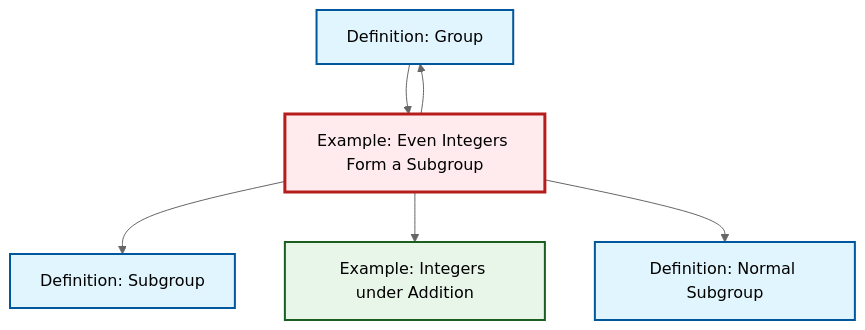
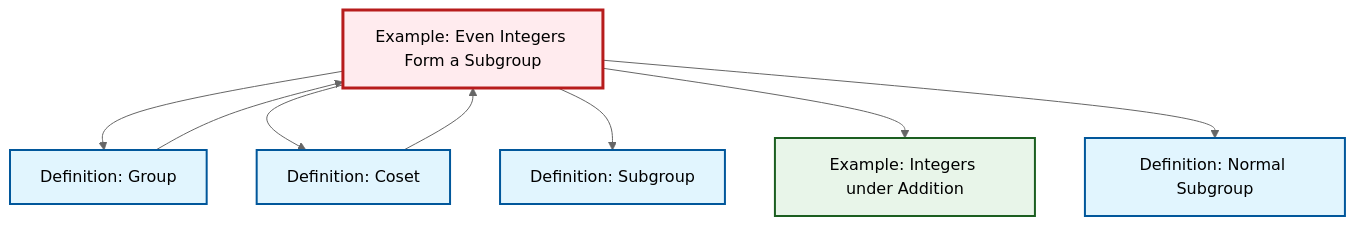
One commit to RK0429/ModernMath changed the diagram in content/en/algebra/ex-even-integers-subgroup.qmd. Above: the diagram before and after it, drawn with Mermaid (neutral theme). The commit also changed 417 other files, not shown here.

````diff
--- a/content/en/algebra/ex-even-integers-subgroup.qmd
+++ b/content/en/algebra/ex-even-integers-subgroup.qmd
@@ -50,24 +50,28 @@
 ```{mermaid}
 %%| fig-cap: "Local dependency graph"
 graph TD
     classDef definition fill:#e1f5fe,stroke:#01579b,stroke-width:2px
     classDef theorem fill:#f3e5f5,stroke:#4a148c,stroke-width:2px
     classDef axiom fill:#fff3e0,stroke:#e65100,stroke-width:2px
     classDef example fill:#e8f5e9,stroke:#1b5e20,stroke-width:2px
     classDef current fill:#ffebee,stroke:#b71c1c,stroke-width:3px
+    ex-even-integers-subgroup["Example: Even Integers Form a Subgroup"]:::example
+    def-coset["Definition: Coset"]:::definition
+    def-normal-subgroup["Definition: Normal Subgroup"]:::definition
+    ex-integers-addition["Example: Integers under Addition"]:::example
     def-subgroup["Definition: Subgroup"]:::definition
-    def-normal-subgroup["Definition: Normal Subgroup"]:::definition
     def-group["Definition: Group"]:::definition
-    ex-integers-addition["Example: Integers under Addition"]:::example
-    ex-even-integers-subgroup["Example: Even Integers Form a Subgroup"]:::example
+    def-coset --> ex-even-integers-subgroup
+    def-group --> ex-even-integers-subgroup
+    ex-even-integers-subgroup --> def-group
+    ex-even-integers-subgroup --> def-coset
     ex-even-integers-subgroup --> def-subgroup
-    ex-even-integers-subgroup --> def-group
     ex-even-integers-subgroup --> ex-integers-addition
-    def-group --> ex-even-integers-subgroup
     ex-even-integers-subgroup --> def-normal-subgroup
     class ex-even-integers-subgroup current
+    click def-coset "def-coset.html" "Go to Coset definition"
+    click def-normal-subgroup "def-normal-subgroup.html" "Go to Normal Subgroup definition"
+    click ex-integers-addition "ex-integers-addition.html" "Go to Integers under Addition example"
     click def-subgroup "def-subgroup.html" "Go to Subgroup definition"
-    click def-normal-subgroup "def-normal-subgroup.html" "Go to Normal Subgroup definition"
     click def-group "def-group.html" "Go to Group definition"
-    click ex-integers-addition "ex-integers-addition.html" "Go to Integers under Addition example"
 ```
````
